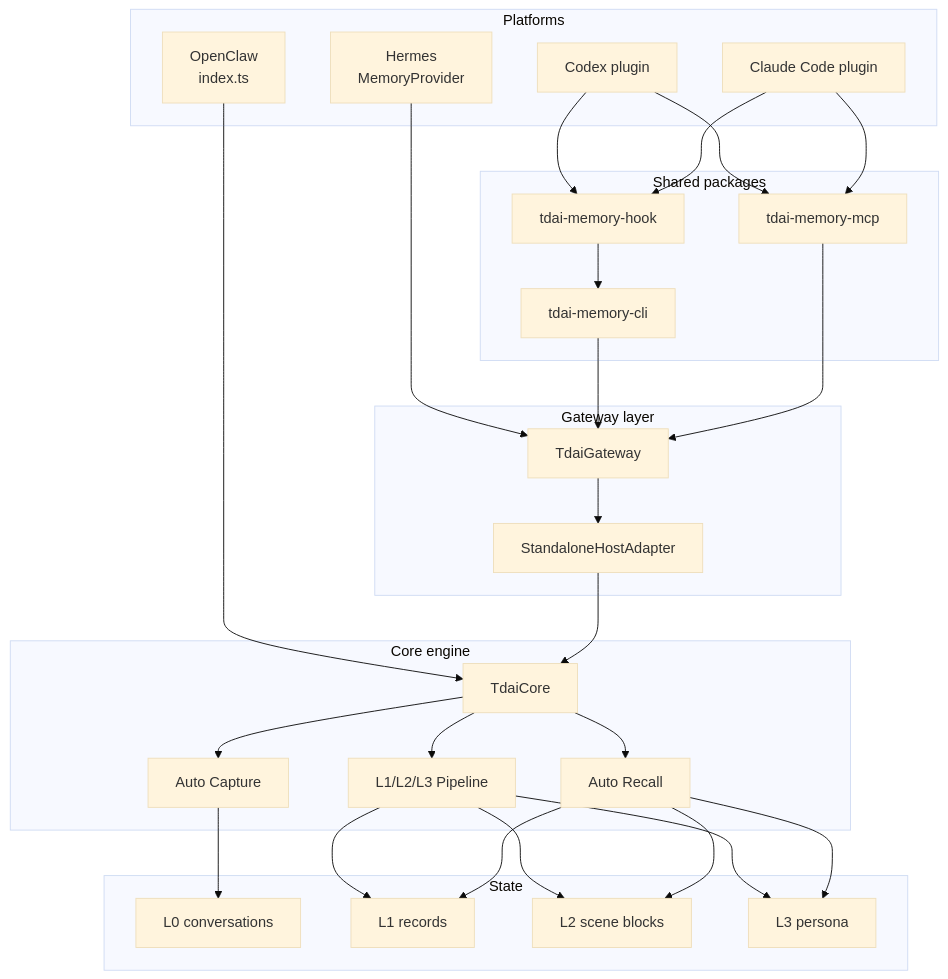
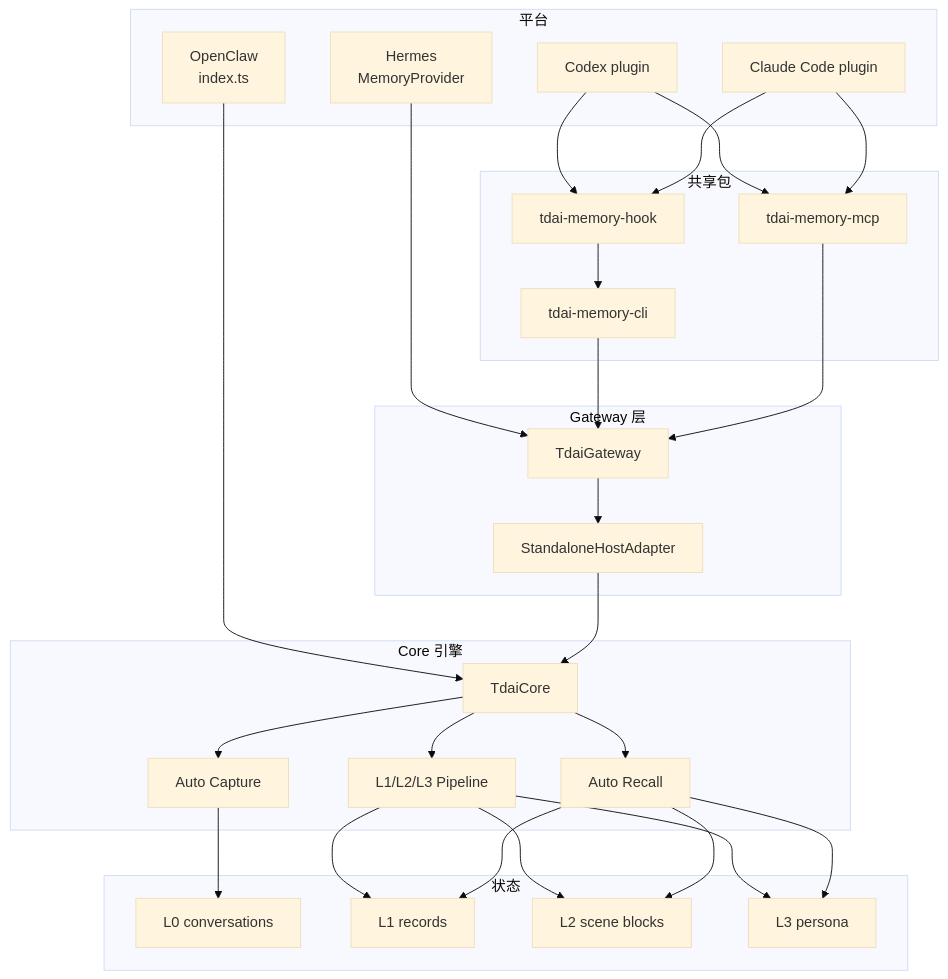
Before and after one commit to soongao/TencentDB-Agent-Memory: the first of 2 diagrams in Rhino-Bird/tdai-memory-dissection/10-visual-map.md, drawn with Mermaid (base theme). The commit also changed other lines of this file and 17 other files, not shown here.

````diff
--- a/Rhino-Bird/tdai-memory-dissection/10-visual-map.md
+++ b/Rhino-Bird/tdai-memory-dissection/10-visual-map.md
@@ -7,51 +7,51 @@
 ```mermaid
 flowchart TB
-  subgraph Platforms["Platforms"]
+  subgraph 平台["平台"]
     OpenClaw["OpenClaw\nindex.ts"]
     Hermes["Hermes\nMemoryProvider"]
     Codex["Codex plugin"]
     Claude["Claude Code plugin"]
   end
-  subgraph Shared["Shared packages"]
+  subgraph Shared["共享包"]
     MCP["tdai-memory-mcp"]
     CLI["tdai-memory-cli"]
     Hook["tdai-memory-hook"]
   end
-  subgraph GatewayLayer["Gateway layer"]
+  subgraph GatewayLayer["Gateway 层"]
     GW["TdaiGateway"]
     Standalone["StandaloneHostAdapter"]
   end
-  subgraph CoreLayer["Core engine"]
+  subgraph CoreLayer["Core 引擎"]
     Core["TdaiCore"]
     Recall["Auto Recall"]
     Capture["Auto Capture"]
     Pipeline["L1/L2/L3 Pipeline"]
   end
-  subgraph State["State"]
+  subgraph 状态["状态"]
     L0["L0 conversations"]
     L1["L1 records"]
     L2["L2 scene blocks"]
     L3["L3 persona"]
   end
 
   OpenClaw --> Core
   Hermes --> GW
   Codex --> MCP
   Codex --> Hook
   Claude --> MCP
   Claude --> Hook
   Hook --> CLI
   CLI --> GW
   MCP --> GW
   GW --> Standalone --> Core
   Core --> Recall
   Core --> Capture
   Core --> Pipeline
   Capture --> L0
   Pipeline --> L1
   Pipeline --> L2
   Pipeline --> L3
   Recall --> L1
   Recall --> L2
   Recall --> L3
 ```
````
